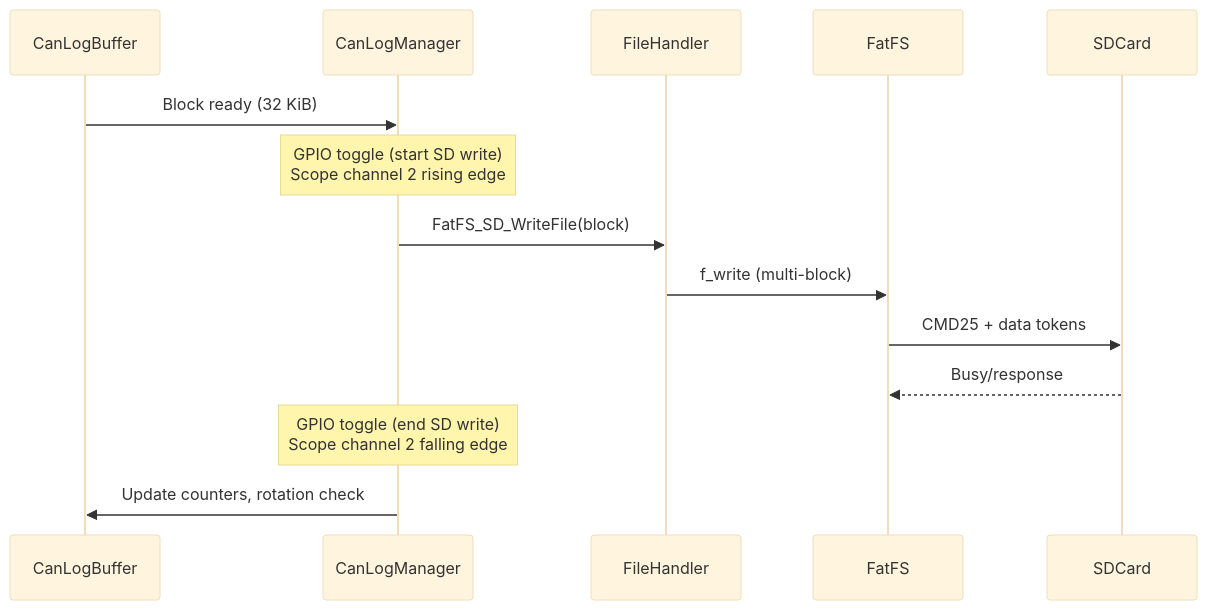
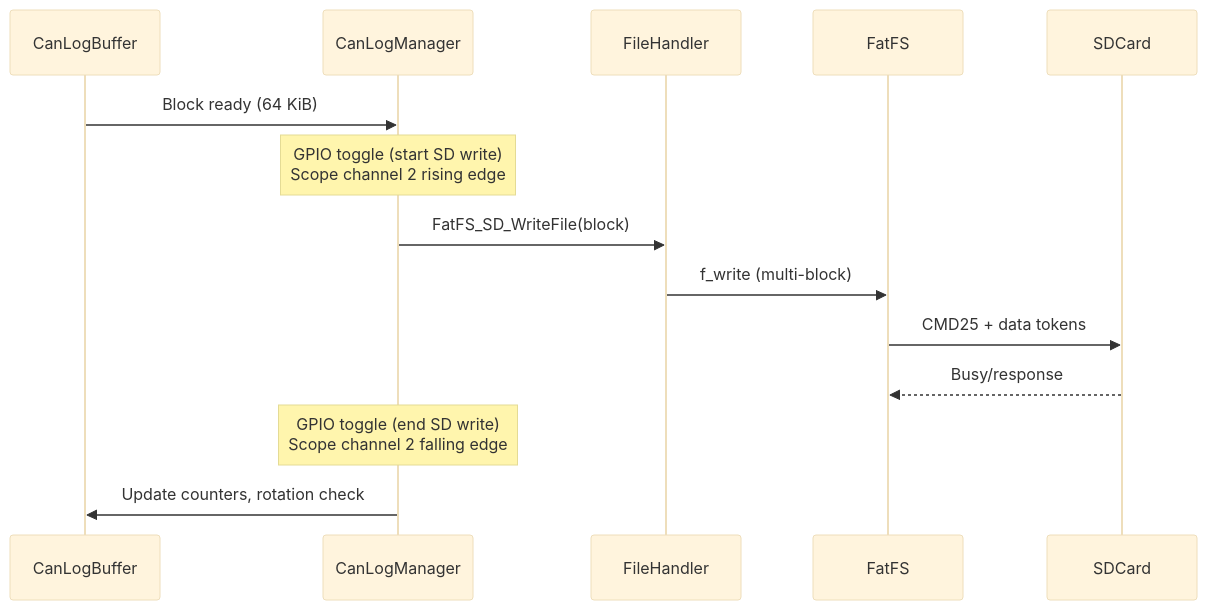
The diagram in doc/images/measurement_sd_write.md (Clomann/stm32h7-CAN-sniffer), drawn with Mermaid (base theme) before and after one commit. The commit also changed 18 other files, not shown here.

````diff
--- a/doc/images/measurement_sd_write.md
+++ b/doc/images/measurement_sd_write.md
@@ -3,17 +3,17 @@
 ```mermaid
 sequenceDiagram
     participant Buffer as CanLogBuffer
     participant LogMgr as CanLogManager
     participant FileHandler
     participant FatFS
     participant SDCard
 
-    Buffer->>LogMgr: Block ready (32 KiB)
+    Buffer->>LogMgr: Block ready (64 KiB)
     Note over LogMgr: GPIO toggle (start SD write)<br/>Scope channel 2 rising edge
     LogMgr->>FileHandler: FatFS_SD_WriteFile(block)
     FileHandler->>FatFS: f_write (multi-block)
     FatFS->>SDCard: CMD25 + data tokens
     SDCard-->>FatFS: Busy/response
     Note over LogMgr: GPIO toggle (end SD write)<br/>Scope channel 2 falling edge
     LogMgr->>Buffer: Update counters, rotation check
 ```
````
